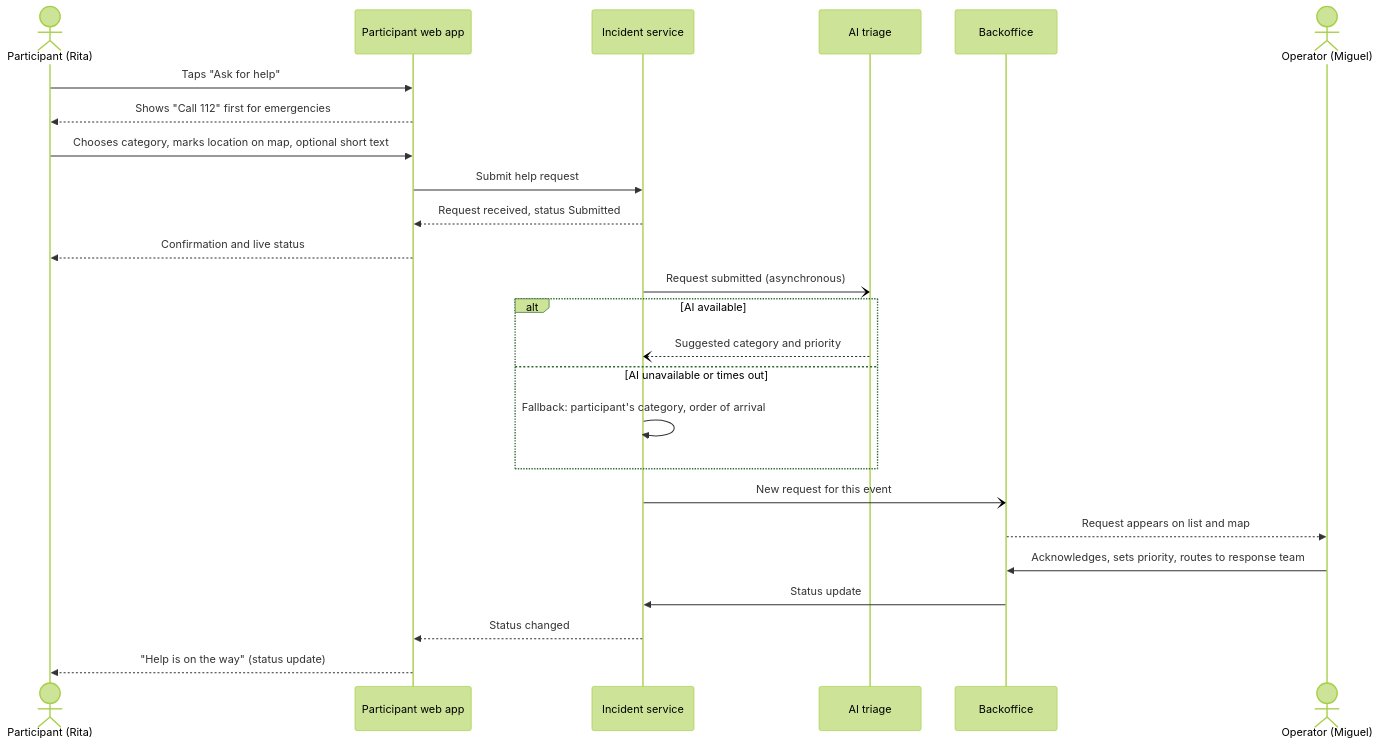
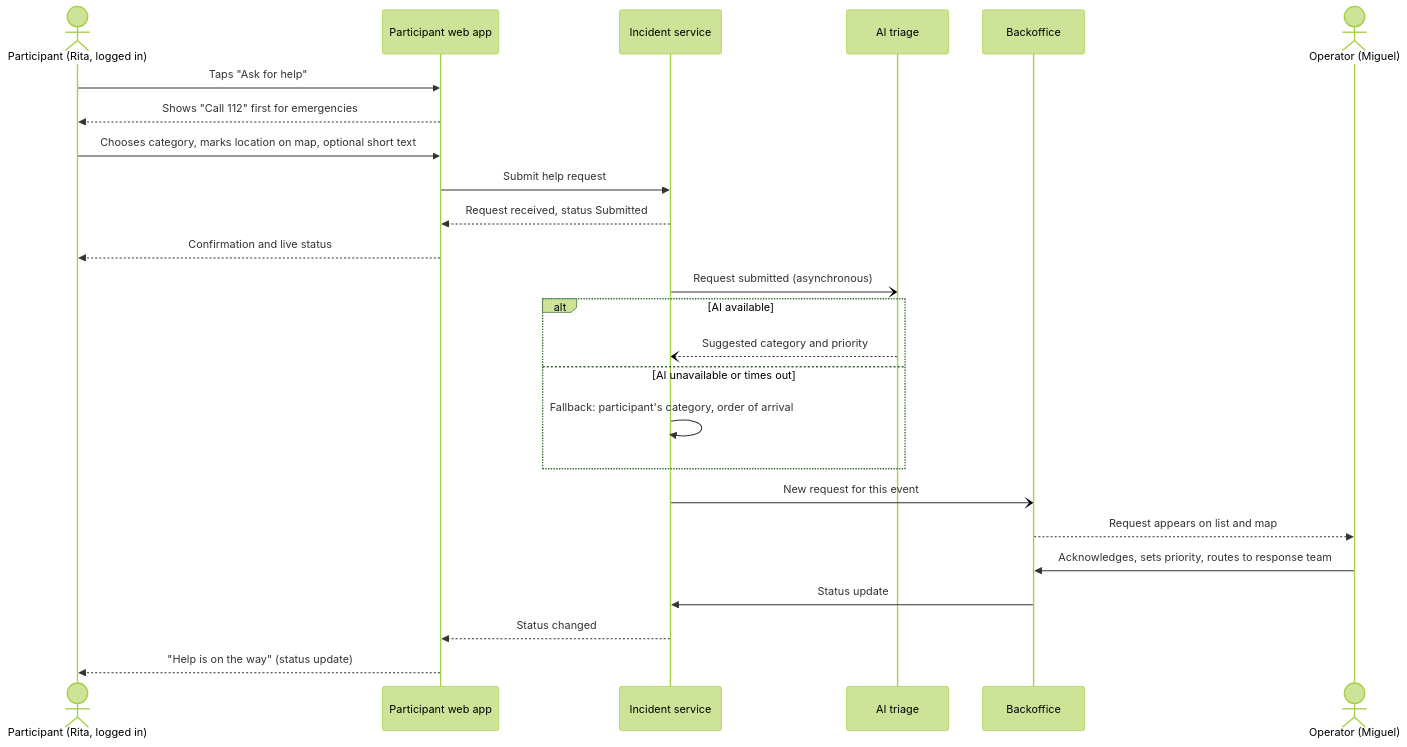
One commit to tomasoliveira21/LABDSOF changed the second of 8 diagrams in Docs/Product/user-workflows.md. Above: the diagram before and after it, drawn with Mermaid (forest theme). The commit also changed other lines of this file and 14 other files, not shown here.

````diff
--- a/Docs/Product/user-workflows.md
+++ b/Docs/Product/user-workflows.md
@@ -46,28 +49,28 @@
 ```mermaid
 sequenceDiagram
-    actor P as Participant (Rita)
+    actor P as Participant (Rita, logged in)
     participant App as Participant web app
     participant Inc as Incident service
     participant AI as AI triage
     participant BO as Backoffice
     actor O as Operator (Miguel)
 
     P->>App: Taps "Ask for help"
     App-->>P: Shows "Call 112" first for emergencies
     P->>App: Chooses category, marks location on map, optional short text
     App->>Inc: Submit help request
     Inc-->>App: Request received, status Submitted
     App-->>P: Confirmation and live status
     Inc-)AI: Request submitted (asynchronous)
     alt AI available
         AI--)Inc: Suggested category and priority
     else AI unavailable or times out
         Inc->>Inc: Fallback: participant's category, order of arrival
     end
     Inc-)BO: New request for this event
     BO-->>O: Request appears on list and map
     O->>BO: Acknowledges, sets priority, routes to response team
     BO->>Inc: Status update
     Inc-->>App: Status changed
     App-->>P: "Help is on the way" (status update)
 ```
````
